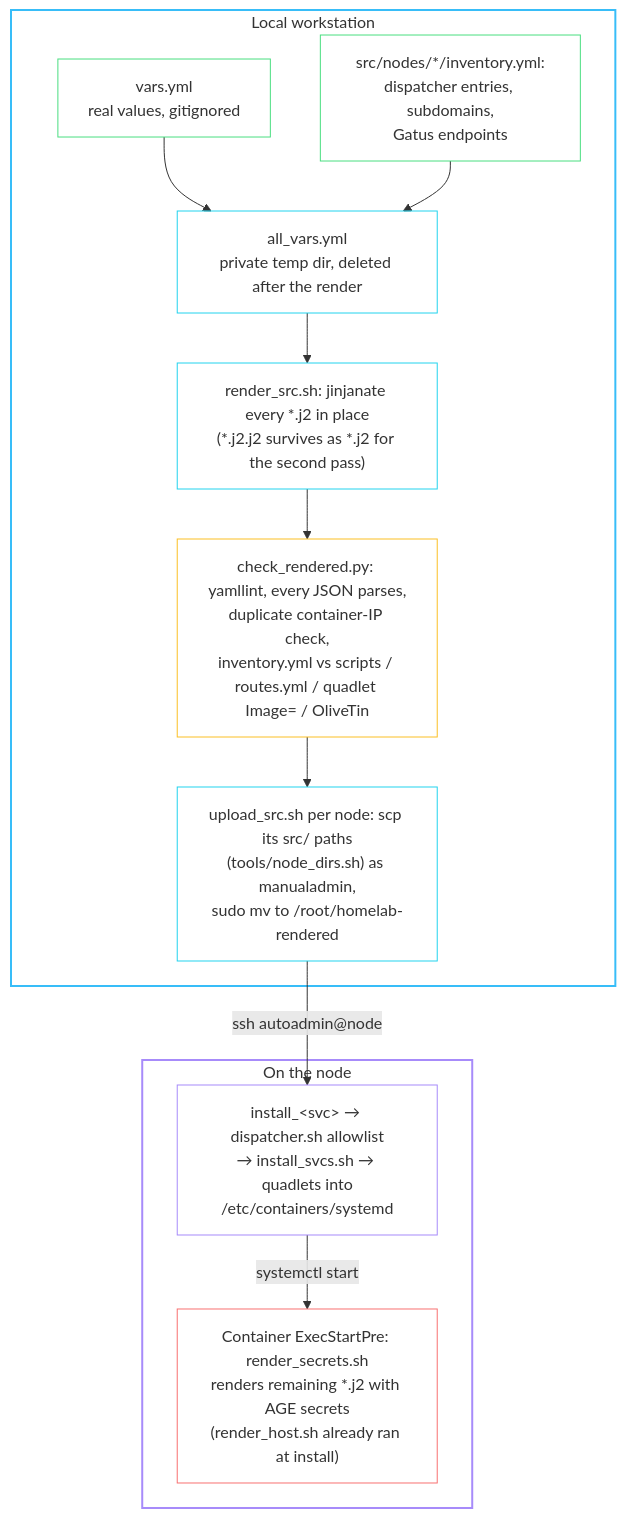
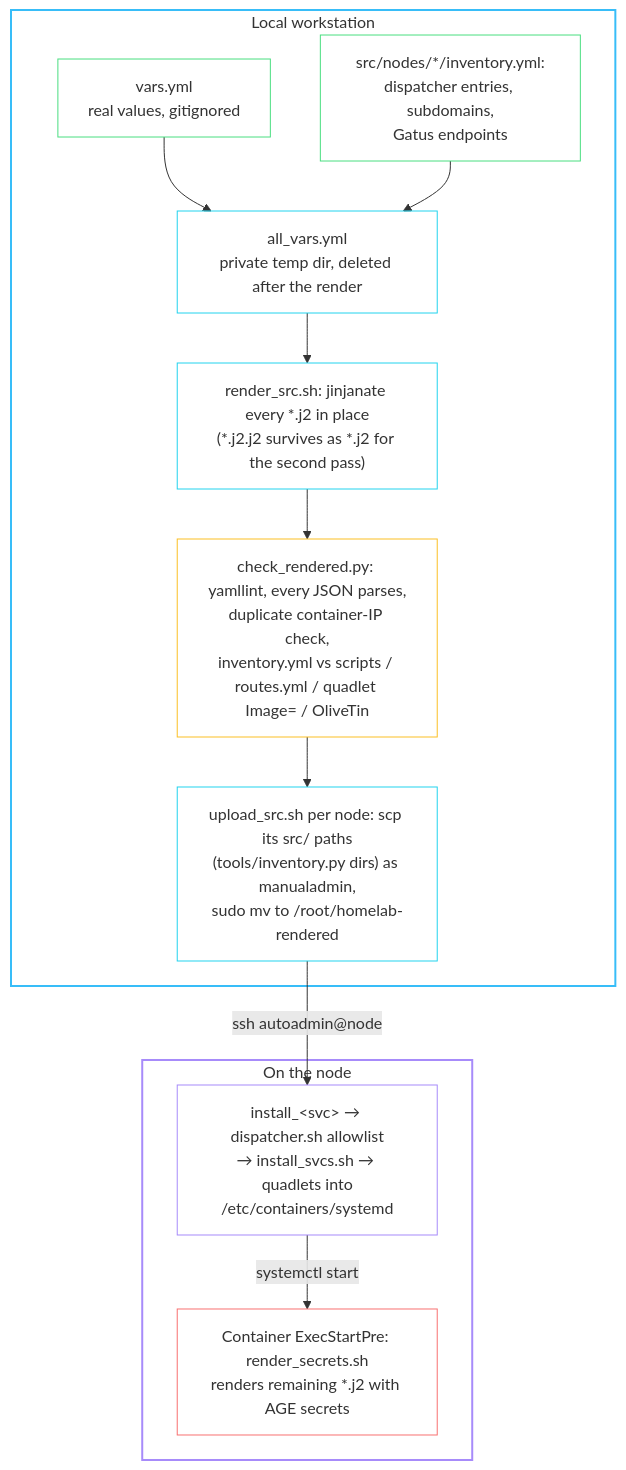
One commit to babraham123/homesite changed the diagram in src/www/docs/homelab/development.md. Above: the diagram before and after it, drawn with Mermaid. The commit also changed other lines of this file and 32 other files, not shown here.

Commit message:
Sync homelab docs from rendered/

````diff
--- a/src/www/docs/homelab/development.md
+++ b/src/www/docs/homelab/development.md
@@ -93,35 +103,35 @@
 ```mermaid
 flowchart TB
     subgraph local["Local workstation"]
         vars["vars.yml<br/>real values, gitignored"]
         inventory["src/nodes/*/inventory.yml:<br/>dispatcher entries, subdomains,<br/>Gatus endpoints"]
         allvars["all_vars.yml<br/>private temp dir, deleted after the render"]
         render["render_src.sh: jinjanate every *.j2 in place<br/>(*.j2.j2 survives as *.j2 for the second pass)"]
         validate["check_rendered.py: yamllint, every JSON parses,<br/>duplicate container-IP check,<br/>inventory.yml vs scripts / routes.yml / quadlet Image= / OliveTin"]
-        upload["upload_src.sh per node: scp its src/ paths<br/>(tools/node_dirs.sh) as manualadmin,<br/>sudo mv to /root/homelab-rendered"]
+        upload["upload_src.sh per node: scp its src/ paths<br/>(tools/inventory.py dirs) as manualadmin,<br/>sudo mv to /root/homelab-rendered"]
     end
 
     subgraph node["On the node"]
         dispatch["install_&lt;svc&gt; → dispatcher.sh allowlist<br/>→ install_svcs.sh → quadlets into<br/>/etc/containers/systemd"]
-        second["Container ExecStartPre: render_secrets.sh<br/>renders remaining *.j2 with AGE secrets<br/>(render_host.sh already ran at install)"]
+        second["Container ExecStartPre: render_secrets.sh<br/>renders remaining *.j2 with AGE secrets"]
     end
 
     vars --> allvars
     inventory --> allvars
     allvars --> render --> validate --> upload
     upload -- "ssh autoadmin@node" --> dispatch
     dispatch -- "systemctl start" --> second
 
     style local stroke:#38bdf8,stroke-width:2px,fill:transparent
     style node stroke:#a78bfa,stroke-width:2px,fill:transparent
     classDef input stroke:#4ade80,fill:transparent
     classDef step stroke:#22d3ee,fill:transparent
     classDef onnode stroke:#a78bfa,fill:transparent
     classDef check stroke:#fbbf24,fill:transparent
     classDef secret stroke:#f87171,fill:transparent
     class vars,inventory input
     class allvars,render,upload step
     class dispatch onnode
     class validate check
     class second secret
 ```
````
